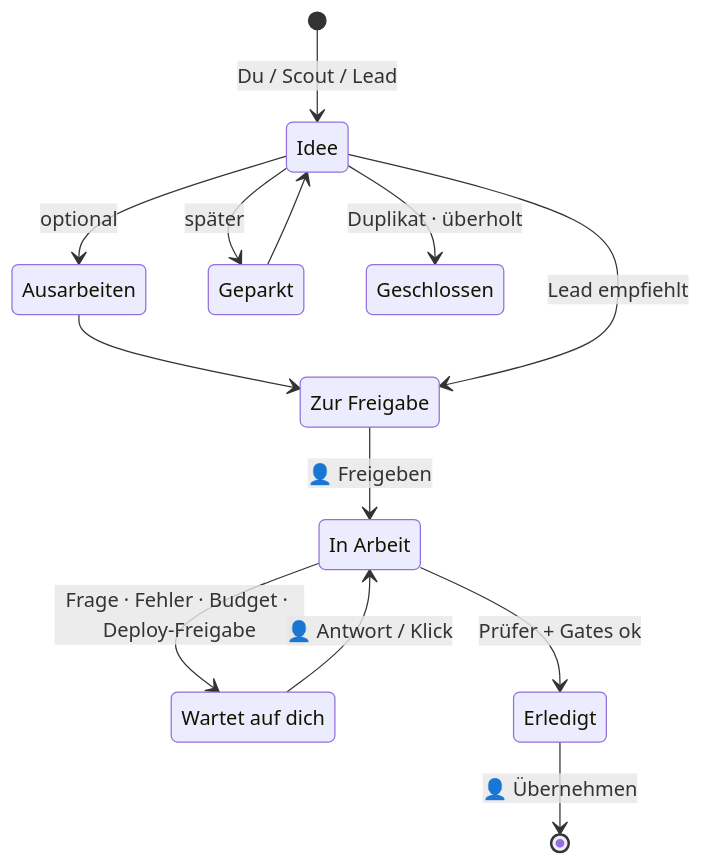
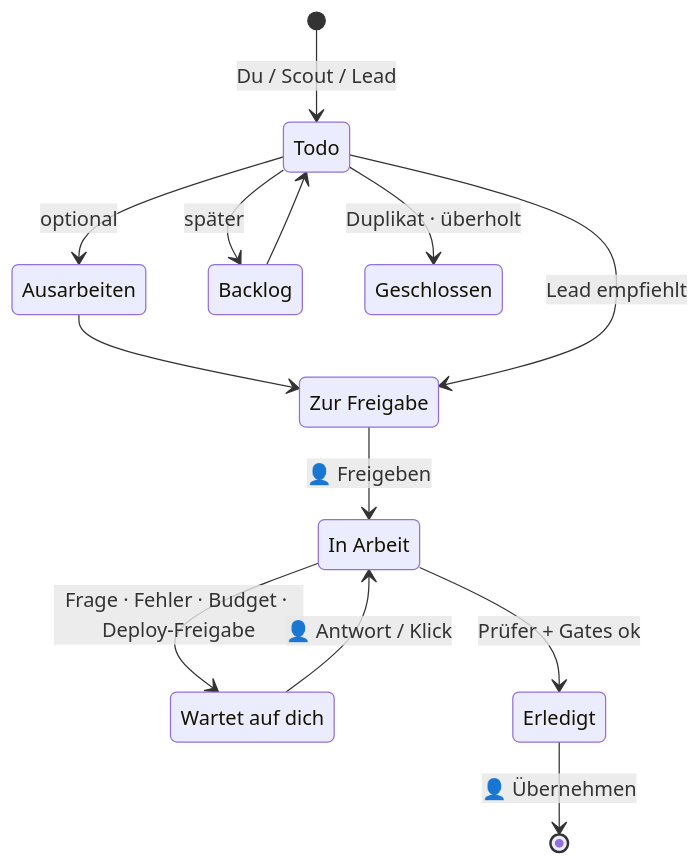
Before and after one commit to Andrej1988/agent-team: the second of 3 diagrams in README.md, drawn with Mermaid. The commit also changed 10 other files, not shown here.

Commit message:
Backlog statt Geparkt, Todo statt Ideen; Backlog als eigener Tab

````diff
--- a/README.md
+++ b/README.md
@@ -134,19 +134,20 @@
 ```mermaid
 stateDiagram-v2
     [*] --> Idee: Du / Scout / Lead
     Idee --> Ausarbeiten: optional
     Ausarbeiten --> ZurFreigabe
     Idee --> ZurFreigabe: Lead empfiehlt
     ZurFreigabe --> InArbeit: 👤 Freigeben
     InArbeit --> WartetAufDich: Frage · Fehler · Budget · Deploy-Freigabe
     WartetAufDich --> InArbeit: 👤 Antwort / Klick
     InArbeit --> Erledigt: Prüfer + Gates ok
     Erledigt --> [*]: 👤 Übernehmen
-    Idee --> Geparkt: später
+    Idee --> Backlog: später
     Idee --> Geschlossen: Duplikat · überholt
-    Geparkt --> Idee
+    Backlog --> Idee
 
+    Idee: Todo
     ZurFreigabe: Zur Freigabe
     InArbeit: In Arbeit
     WartetAufDich: Wartet auf dich
 ```
````
